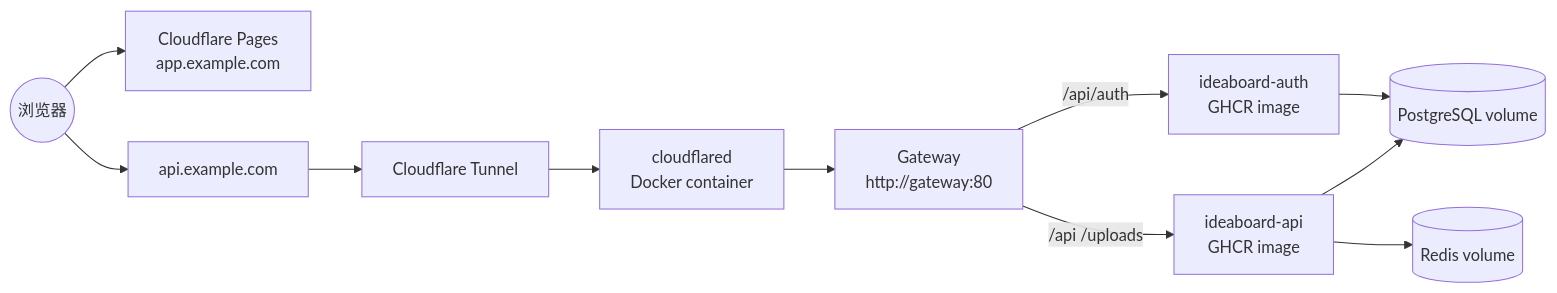
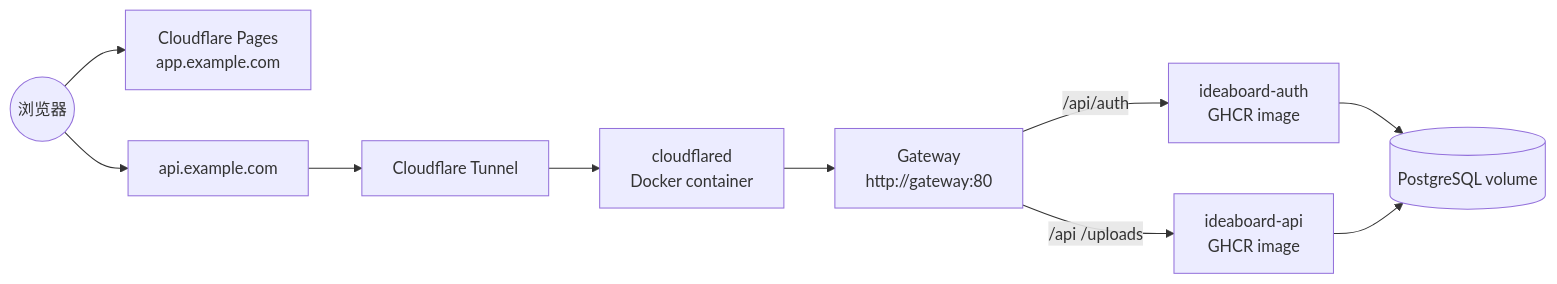
One commit to Ericsunsk/IdeaBoard changed the first of 3 diagrams in DEPLOYMENT.md. Above: the diagram before and after it, drawn with Mermaid. The commit also changed other lines of this file and 57 other files, not shown here.

````diff
--- a/DEPLOYMENT.md
+++ b/DEPLOYMENT.md
@@ -39,13 +39,12 @@
 ```mermaid
 graph LR
     Browser((浏览器)) --> Pages["Cloudflare Pages<br>app.example.com"]
     Browser --> ApiDomain["api.example.com"]
     ApiDomain --> Tunnel["Cloudflare Tunnel"]
     Tunnel --> Cloudflared["cloudflared<br>Docker container"]
     Cloudflared --> Gateway["Gateway<br>http://gateway:80"]
     Gateway -- "/api/auth" --> Auth["ideaboard-auth<br>GHCR image"]
     Gateway -- "/api /uploads" --> API["ideaboard-api<br>GHCR image"]
     Auth --> Postgres[("PostgreSQL volume")]
     API --> Postgres
-    API --> Redis[("Redis volume")]
 ```
````
